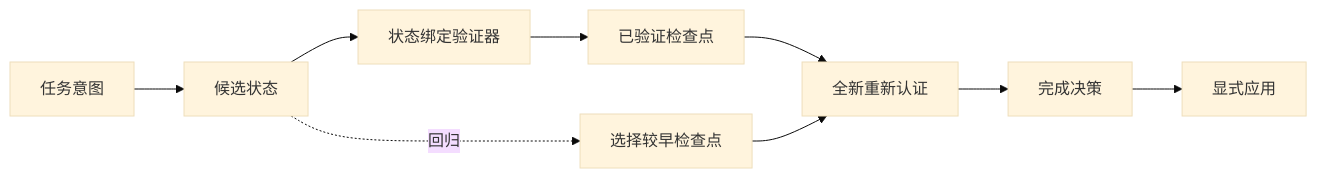
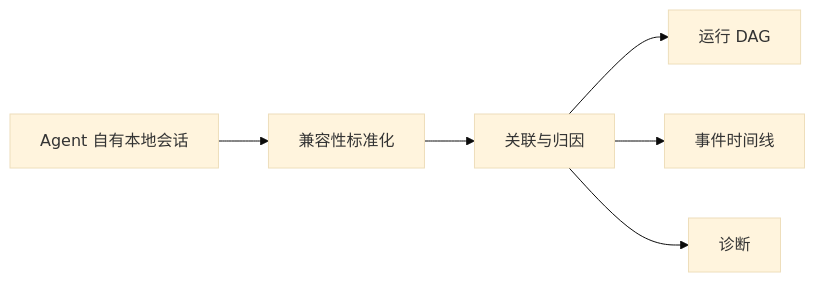
Before and after one commit to hellogxp/stateseal: the diagram in docs/zh-CN/runs-console.md, drawn with Mermaid (base theme). The commit also changed other lines of this file and 65 other files, not shown here.

````diff
--- a/docs/zh-CN/runs-console.md
+++ b/docs/zh-CN/runs-console.md
@@ -38,11 +15,8 @@
 ```mermaid
 flowchart LR
-  G["任务意图"] --> C["候选状态"]
-  C --> V["状态绑定验证器"]
-  V --> K["已验证检查点"]
-  K --> R["全新重新认证"]
-  R --> D["完成决策"]
-  D --> A["显式应用"]
-  C -. "回归" .-> X["选择较早检查点"]
-  X --> R
+  L["Agent 自有本地会话"] --> N["兼容性标准化"]
+  N --> C["关联与归因"]
+  C --> G["运行 DAG"]
+  C --> T["事件时间线"]
+  C --> D["诊断"]
 ```
````
